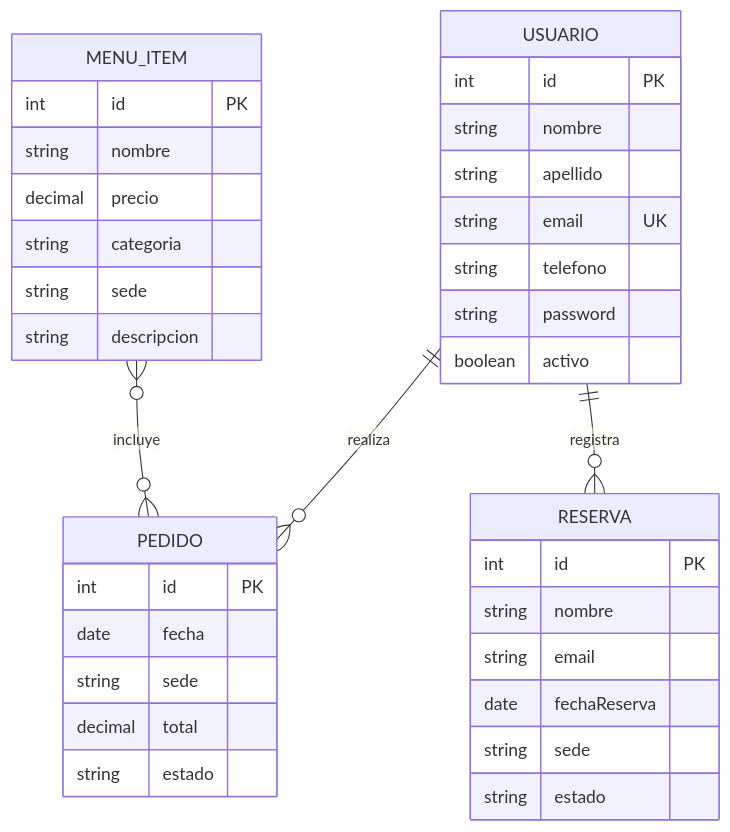
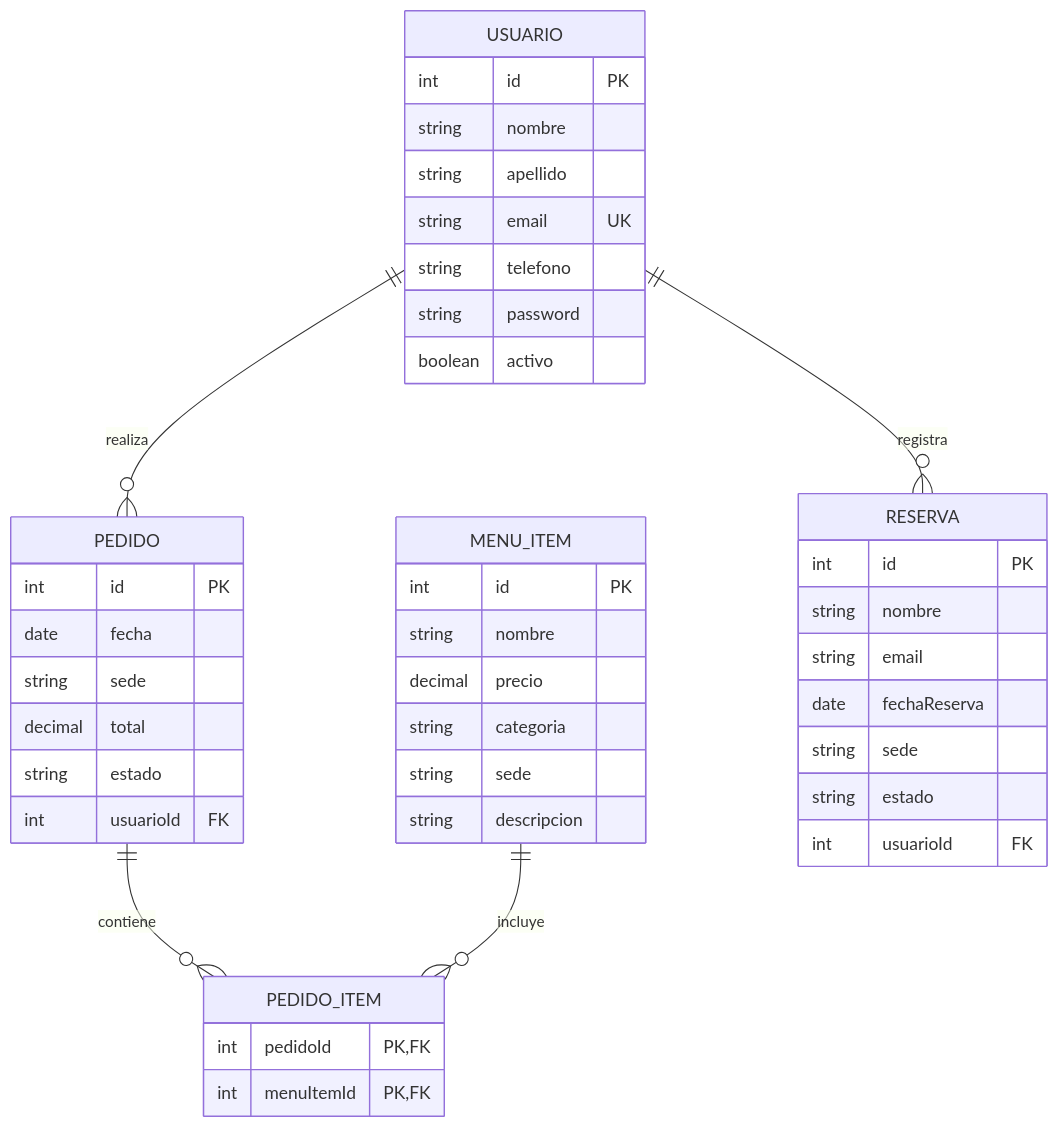
Before and after one commit to Dalia-lisseth/Proyecto-servidores-web-Tasty-uleam: the diagram in backend/README.md, drawn with Mermaid. The commit also changed other lines of this file, not shown here.

````diff
--- a/backend/README.md
+++ b/backend/README.md
@@ -17,38 +17,45 @@
 ```mermaid
 erDiagram
     USUARIO {
         int id PK
         string nombre
         string apellido
         string email UK
         string telefono
         string password
         boolean activo
     }
     MENU_ITEM {
         int id PK
         string nombre
         decimal precio
         string categoria
         string sede
         string descripcion
     }
     PEDIDO {
         int id PK
         date fecha
         string sede
         decimal total
         string estado
+        int usuarioId FK
     }
     RESERVA {
         int id PK
         string nombre
         string email
         date fechaReserva
         string sede
         string estado
+        int usuarioId FK
+    }
+    PEDIDO_ITEM {
+        int pedidoId PK, FK
+        int menuItemId PK, FK
     }
     USUARIO ||--o{ PEDIDO : realiza
-    MENU_ITEM }o--o{ PEDIDO : incluye
     USUARIO ||--o{ RESERVA : registra
+    PEDIDO ||--o{ PEDIDO_ITEM : contiene
+    MENU_ITEM ||--o{ PEDIDO_ITEM : incluye
 ```
````
